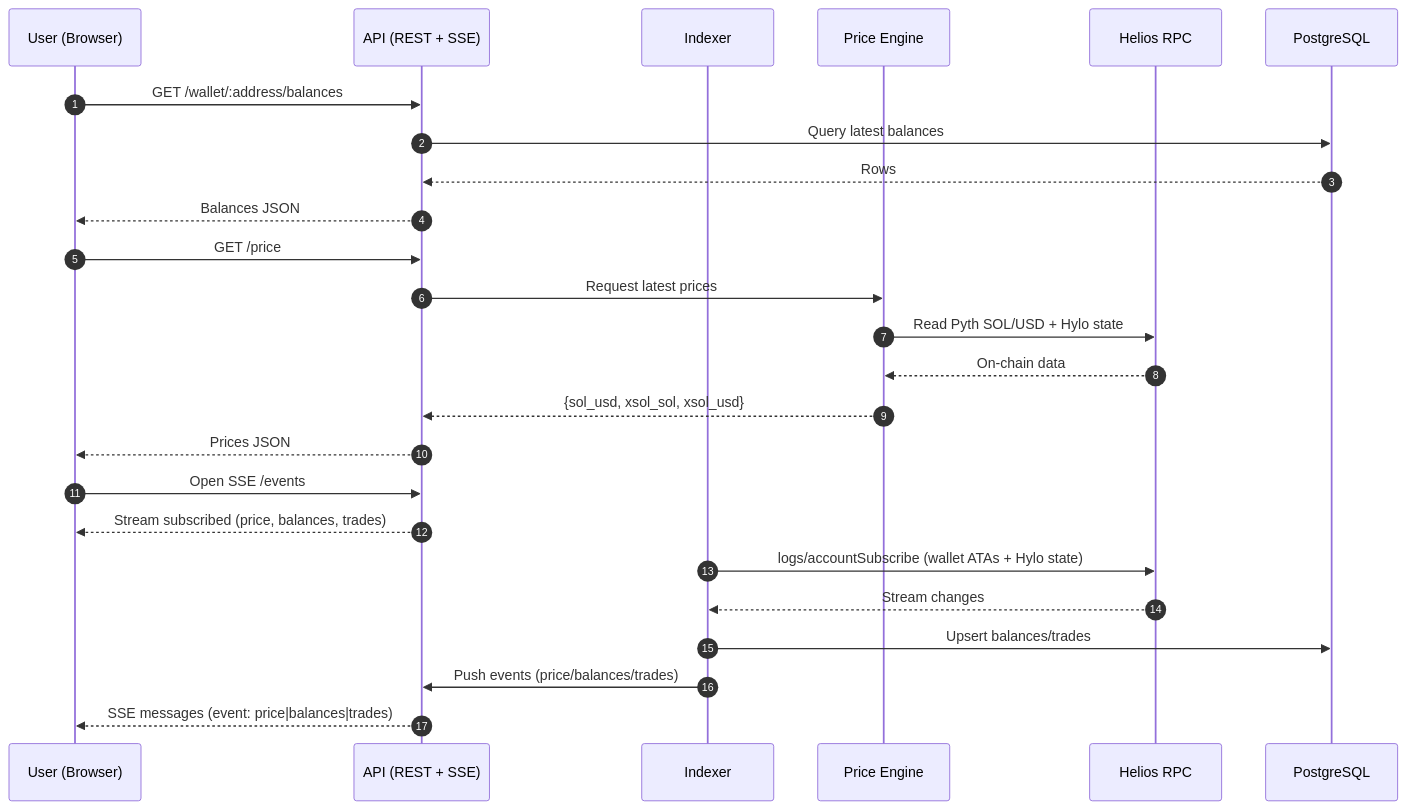
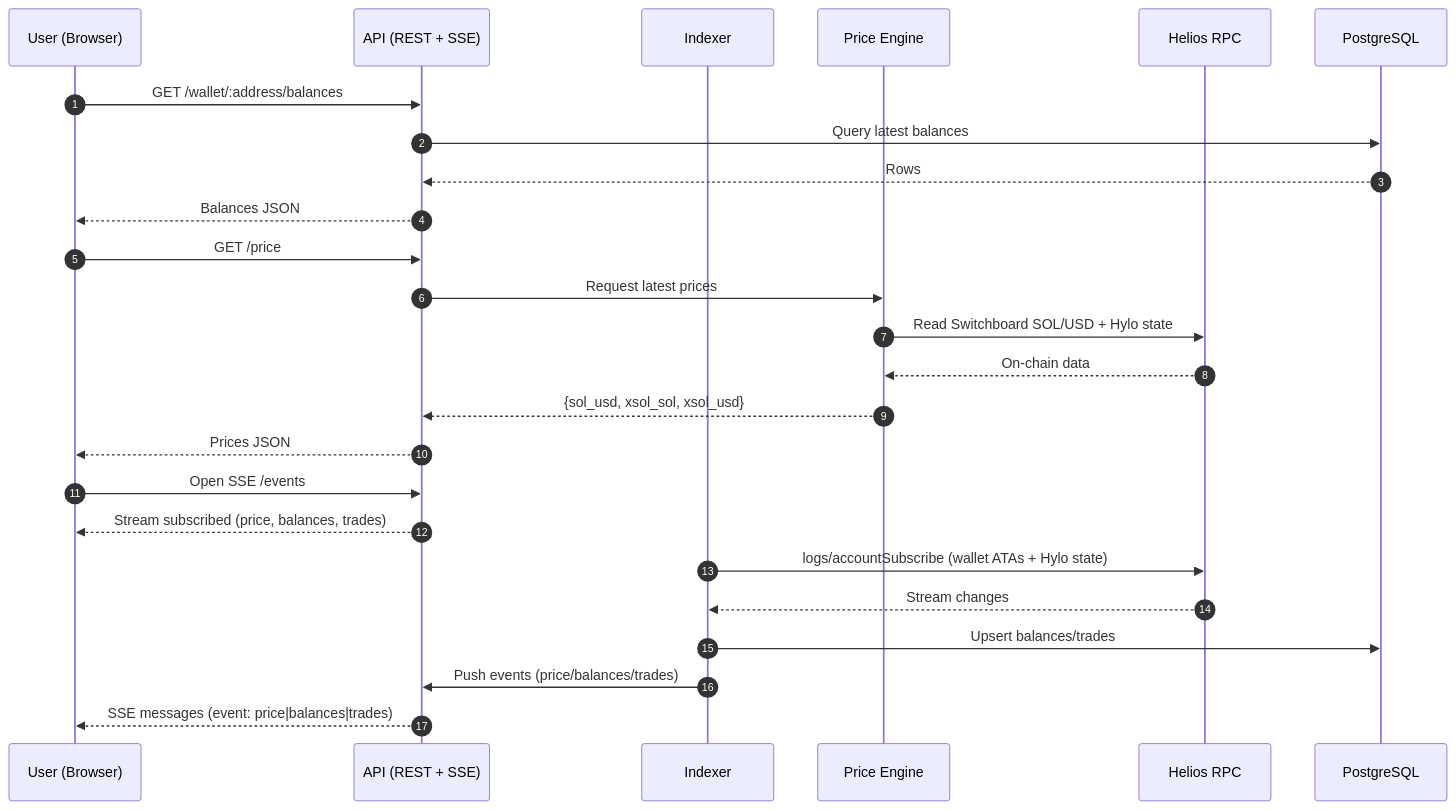
Before and after one commit to RAMTO/hylo-wallet-tracker-api: the second of 6 diagrams in docs/04-wallet-tracker-Architecture.md, drawn with Mermaid. The commit also changed other lines of this file and 1 other file, not shown here.

Commit message:
feat: architecture and plan updated

````diff
--- a/docs/04-wallet-tracker-Architecture.md
+++ b/docs/04-wallet-tracker-Architecture.md
@@ -89,31 +89,31 @@
 ```mermaid
 sequenceDiagram
   autonumber
   participant U as User (Browser)
   participant A as API (REST + SSE)
   participant I as Indexer
   participant P as Price Engine
   participant H as Helios RPC
   participant DB as PostgreSQL
 
   U->>A: GET /wallet/:address/balances
   A->>DB: Query latest balances
   DB-->>A: Rows
   A-->>U: Balances JSON
 
   U->>A: GET /price
   A->>P: Request latest prices
-  P->>H: Read Pyth SOL/USD + Hylo state
+  P->>H: Read Switchboard SOL/USD + Hylo state
   H-->>P: On-chain data
   P-->>A: {sol_usd, xsol_sol, xsol_usd}
   A-->>U: Prices JSON
 
   U->>A: Open SSE /events
   A-->>U: Stream subscribed (price, balances, trades)
 
   I->>H: logs/accountSubscribe (wallet ATAs + Hylo state)
   H-->>I: Stream changes
   I->>DB: Upsert balances/trades
   I->>A: Push events (price/balances/trades)
   A-->>U: SSE messages (event: price|balances|trades)
 ```
````
